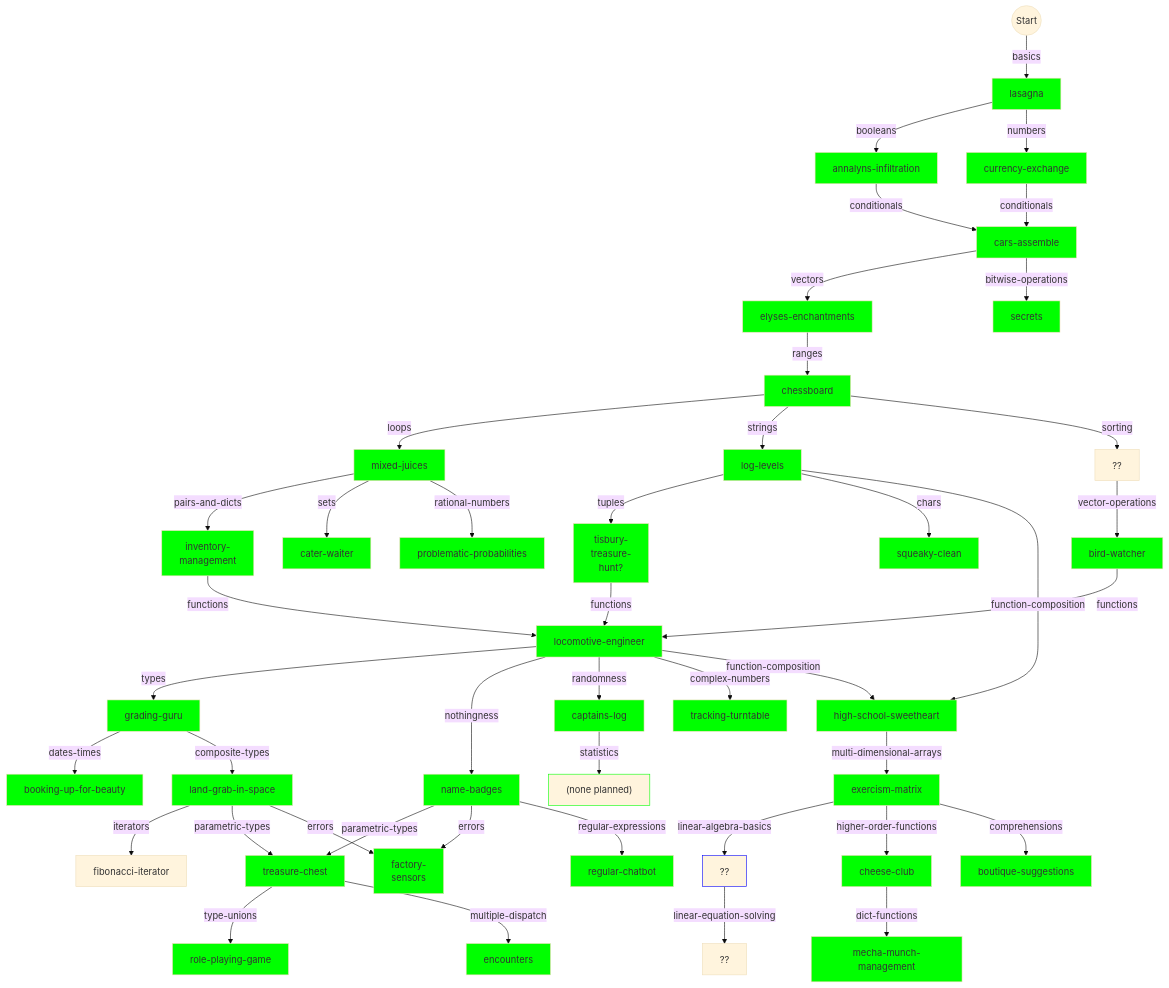
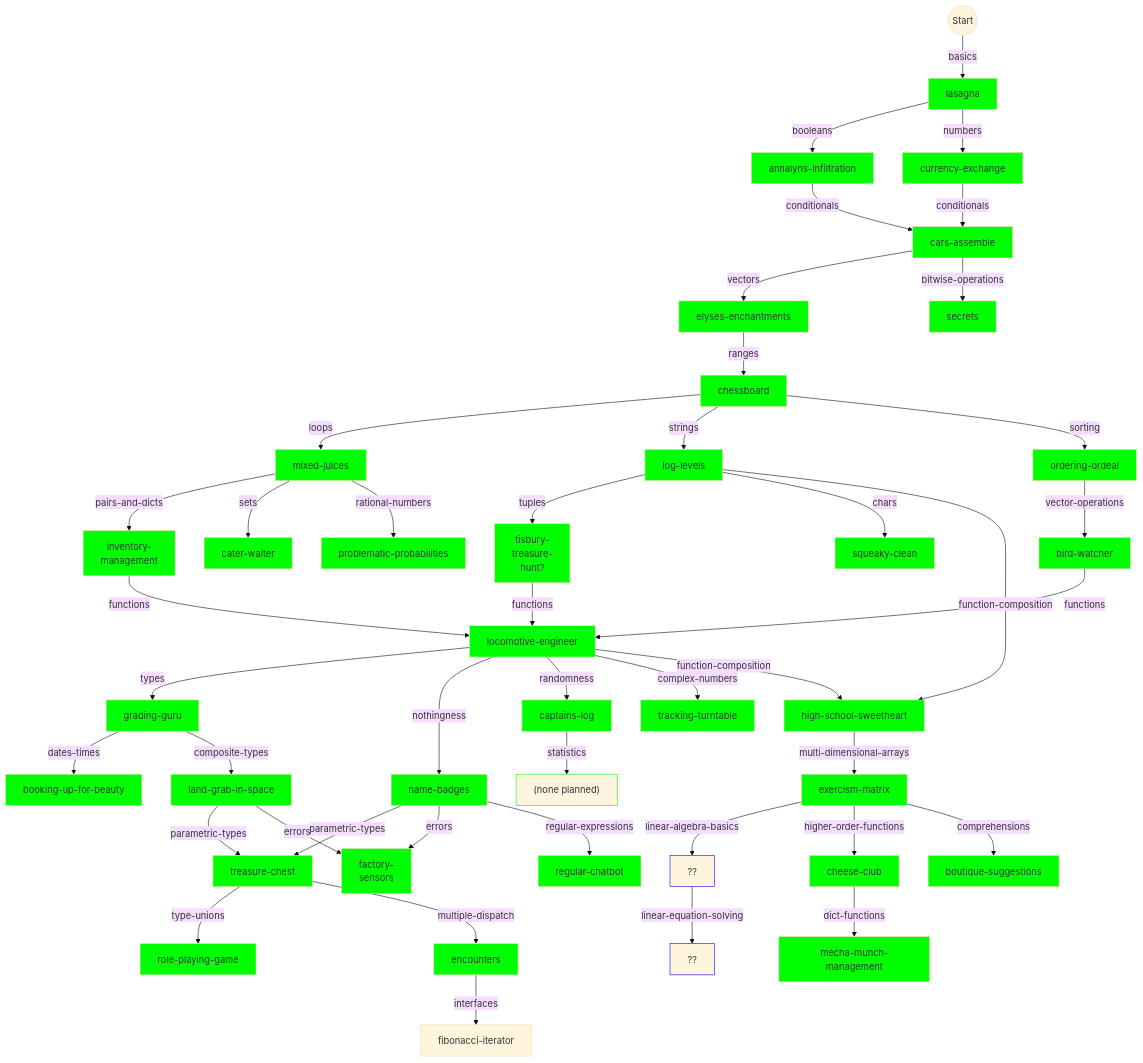
The diagram in julia/flowchart.md (colinleach/learning-track-doodles), drawn with Mermaid (base theme) before and after one commit. The commit also changed 2 other files, not shown here.

Commit message:
julia flowchart update

```diff
--- a/julia/flowchart.md
+++ b/julia/flowchart.md
@@ -28,9 +28,6 @@
 
 types --composite-types--> composite-types["land-grab-in-space"]
 style composite-types  fill:#0f0
-
-composite-types --iterators--> iterators["fibonacci-iterator"]
-%% style iterators stroke:#f00
 
 composite-types --parametric-types--> parametric-types["treasure-chest"]
 nothingness --parametric-types--> parametric-types["treasure-chest"]
@@ -57,8 +54,8 @@
 ranges --strings--> strings["log-levels"]
 style strings fill:#0F0
 
-ranges --sorting--> sorting["??"]
-%%style sorting fill:#0F0
+ranges --sorting--> sorting["ordering-ordeal"]
+style sorting fill:#0f0
 
 sorting --vector-operations--> vector-operations["bird-watcher"]
 style vector-operations fill:#0f0
@@ -94,7 +91,7 @@
 style linear-algebra-basics stroke:#00f
 
 linear-algebra-basics --linear-equation-solving--> linear-equation-solving["??"]
-%%style linear-equation-solving stroke:#00f
+style linear-equation-solving stroke:#00f
 
 higher-order-functions --dict-functions--> dict-functions["mecha-munch-management"]
 style dict-functions fill:#0f0
@@ -113,6 +110,9 @@
 
 parametric-types --multiple-dispatch--> multiple-dispatch["encounters"]
 style multiple-dispatch fill:#0f0
+
+multiple-dispatch --interfaces--> interfaces["fibonacci-iterator"]
+%%style interfaces fill:#0f0
 
 functions --complex-numbers--> complex-numbers["tracking-turntable"]
 style complex-numbers fill:#0f0
```
